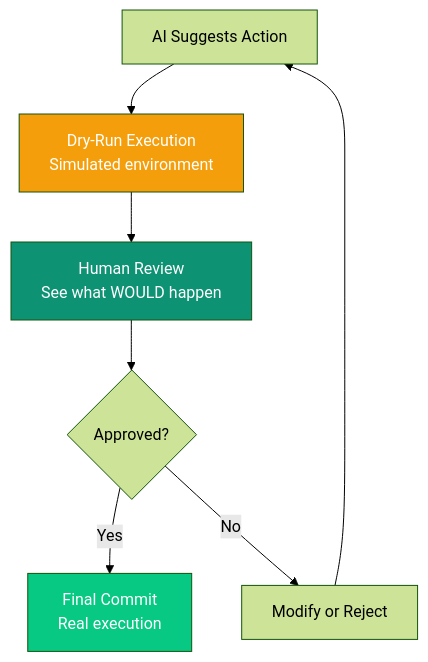
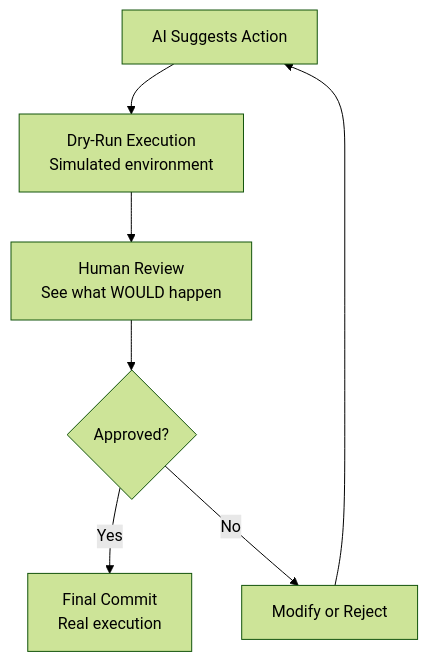
The sixth of 9 diagrams in introduction/problems.mdx (ashishsuperatom/tech-docs), drawn with Mermaid (forest theme) before and after one commit. The commit also changed other lines of this file and 37 other files, not shown here.

First line of the commit message:
Clean up docs: remove em-dashes, fix mermaid diagrams, remove emojis

````diff
--- a/introduction/problems.mdx
+++ b/introduction/problems.mdx
@@ -253,13 +241,10 @@
 ```mermaid
 flowchart TD
     AI["AI Suggests Action"] --> DRY["Dry-Run Execution<br>Simulated environment"]
     DRY --> REVIEW["Human Review<br>See what WOULD happen"]
     REVIEW --> APPROVE{Approved?}
     APPROVE -->|Yes| COMMIT["Final Commit<br>Real execution"]
     APPROVE -->|No| MODIFY["Modify or Reject"]
     MODIFY --> AI
 
-    style DRY fill:#f59e0b,color:#fff
-    style REVIEW fill:#0D9373,color:#fff
-    style COMMIT fill:#07C983,color:#fff
 ```
````
